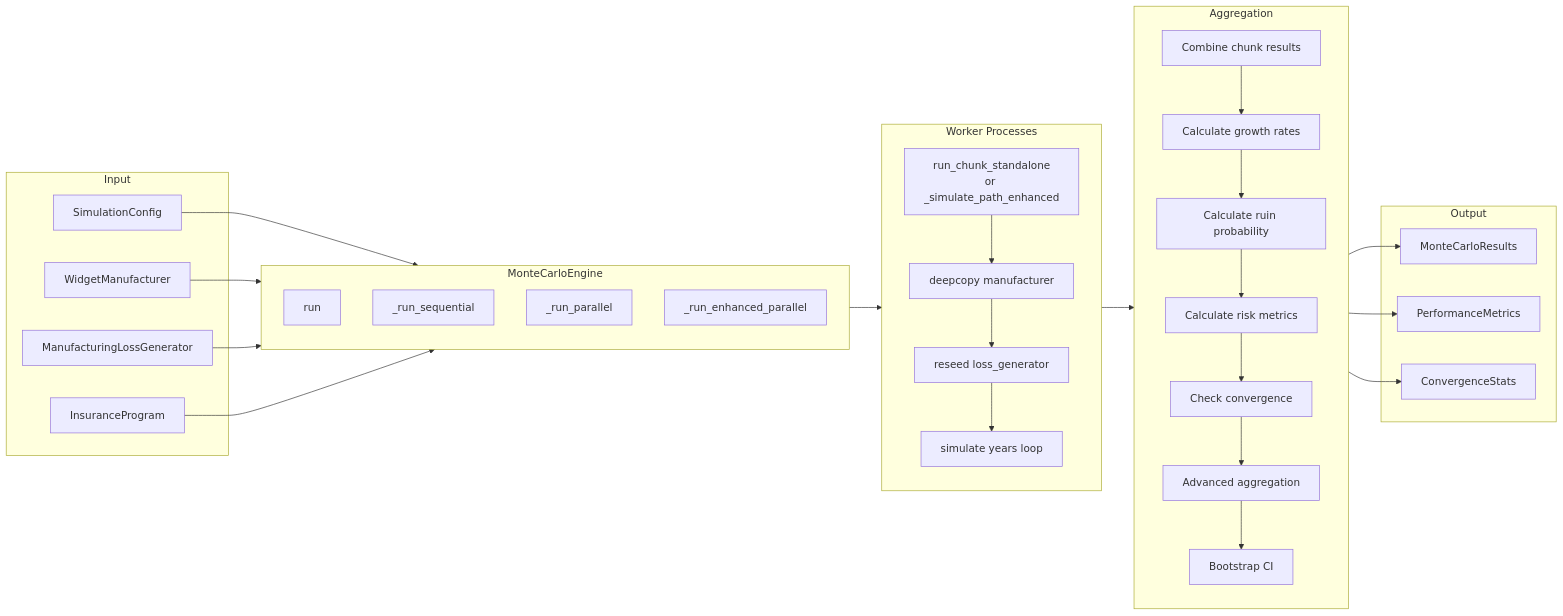
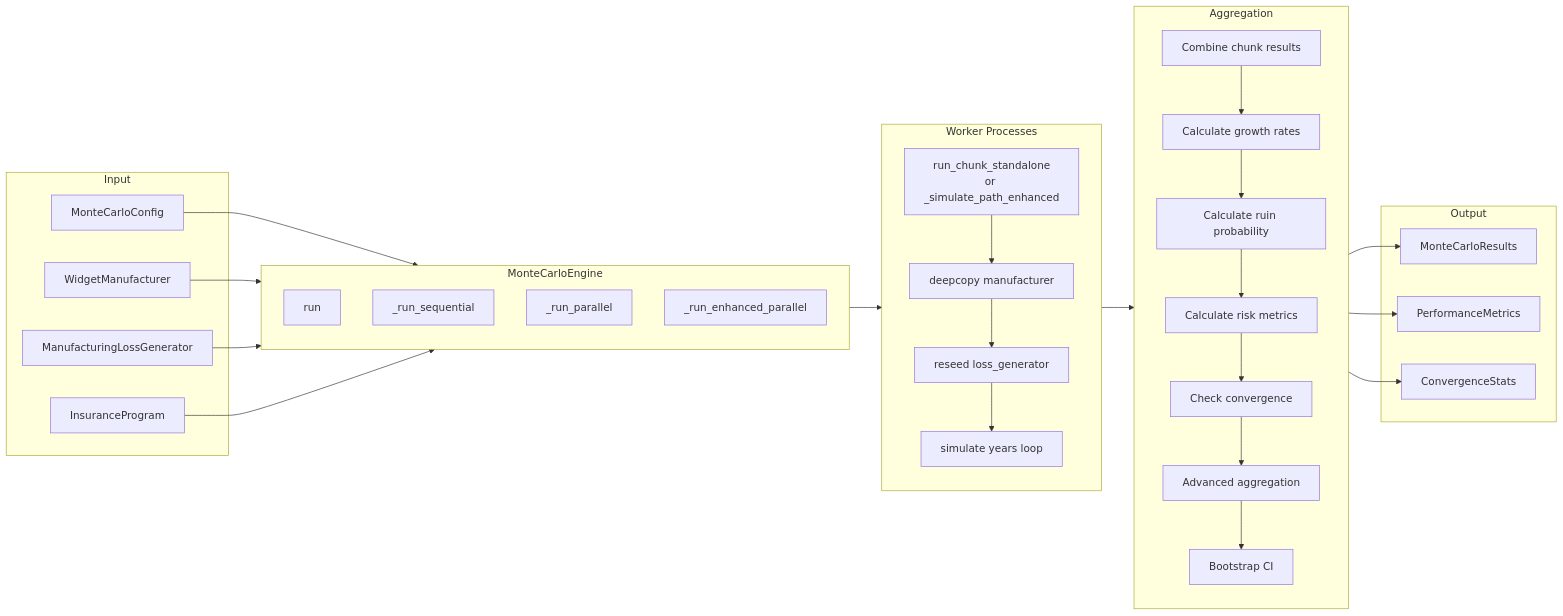
The eighth of 8 diagrams in ergodic_insurance/docs/architecture/monte_carlo_architecture.md (AlexFiliakov/Ergodic-Insurance-Limits), drawn with Mermaid before and after one commit. The commit also changed other lines of this file and 295 other files, not shown here.

````diff
--- a/ergodic_insurance/docs/architecture/monte_carlo_architecture.md
+++ b/ergodic_insurance/docs/architecture/monte_carlo_architecture.md
@@ -584,55 +584,55 @@
 ```{mermaid}
 flowchart LR
     subgraph Input
-        SC[SimulationConfig]
+        SC[MonteCarloConfig]
         MFG[WidgetManufacturer]
         LG[ManufacturingLossGenerator]
         IP[InsuranceProgram]
     end
 
     subgraph Engine["MonteCarloEngine"]
         direction TB
         RUN[run]
         SEQ[_run_sequential]
         PAR[_run_parallel]
         ENH[_run_enhanced_parallel]
     end
 
     subgraph Workers["Worker Processes"]
         direction TB
         W1[run_chunk_standalone<br>or _simulate_path_enhanced]
         W2[deepcopy manufacturer]
         W3[reseed loss_generator]
         W4[simulate years loop]
         W1 --> W2 --> W3 --> W4
     end
 
     subgraph Aggregation
         direction TB
         COMB[Combine chunk results]
         GROW[Calculate growth rates]
         RUIN[Calculate ruin probability]
         METR[Calculate risk metrics]
         CONV[Check convergence]
         ADV[Advanced aggregation]
         BOOT[Bootstrap CI]
         COMB --> GROW --> RUIN --> METR --> CONV --> ADV --> BOOT
     end
 
     subgraph Output
         SR[MonteCarloResults]
         PM[PerformanceMetrics]
         CS[ConvergenceStats]
     end
 
     SC --> Engine
     MFG --> Engine
     LG --> Engine
     IP --> Engine
 
     Engine --> Workers
     Workers --> Aggregation
     Aggregation --> SR
     Aggregation --> PM
     Aggregation --> CS
 ```
````
